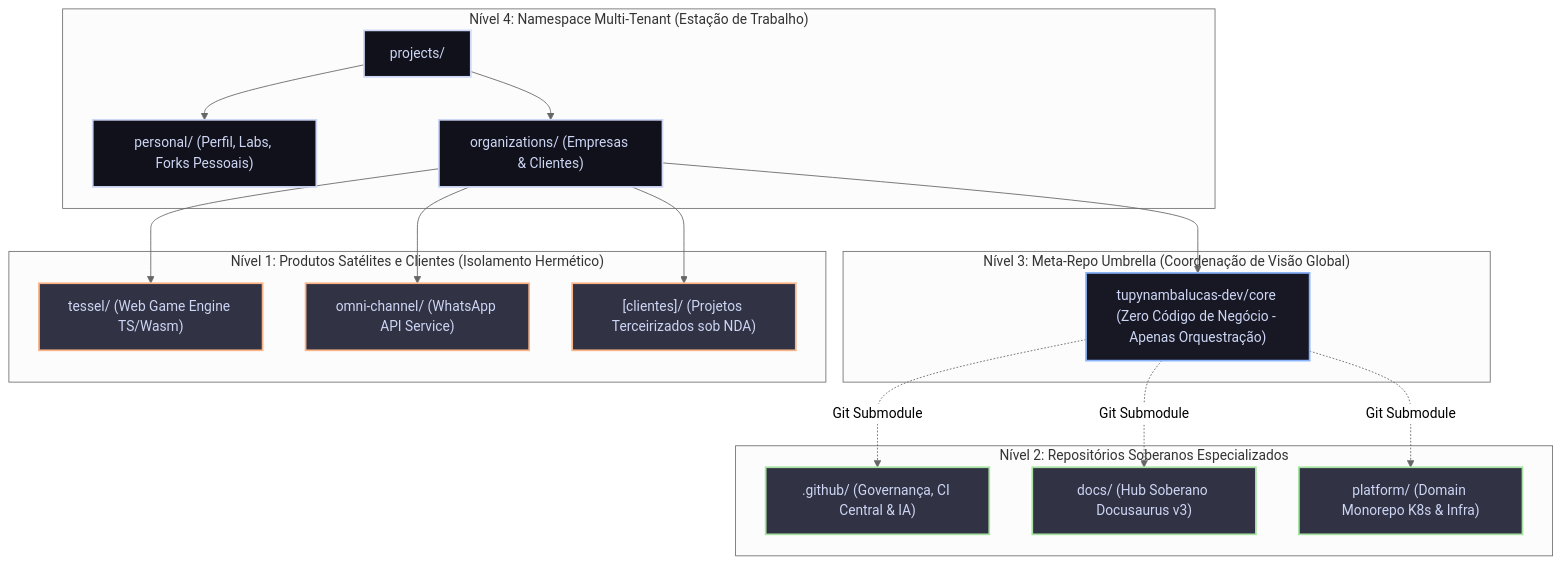
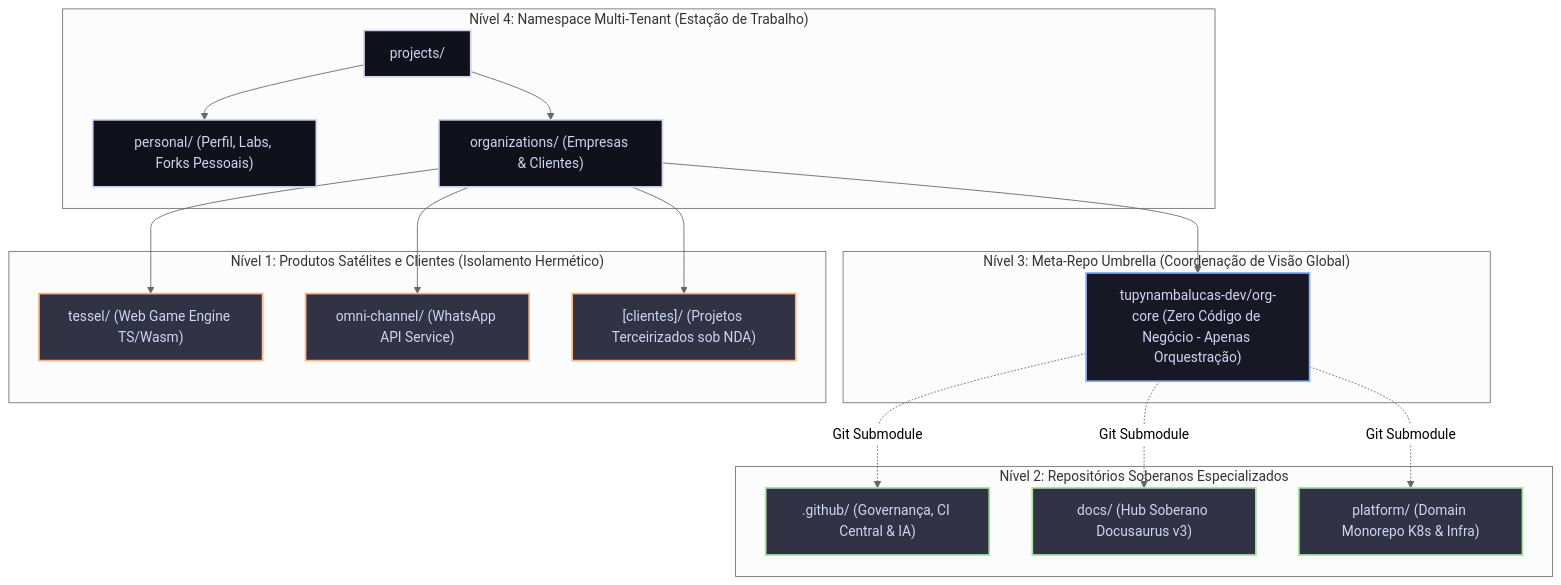
The second of 2 diagrams in .agents/plans/meta-repository-architecture.md (tupynambalucas-dev/.github), drawn with Mermaid (neutral theme) before and after one commit. The commit also changed other lines of this file, not shown here.

Commit message:
docs(plans): update meta-repo naming to org-core

````diff
--- a/.agents/plans/meta-repository-architecture.md
+++ b/.agents/plans/meta-repository-architecture.md
@@ -368,45 +368,45 @@
 ```mermaid
 graph TD
   direction TB
 
   subgraph Level4 ["Nível 4: Namespace Multi-Tenant (Estação de Trabalho)"]
     Projects["projects/"]
     Personal["personal/ (Perfil, Labs, Forks Pessoais)"]
     Orgs["organizations/ (Empresas & Clientes)"]
     Projects --> Personal
     Projects --> Orgs
   end
 
   subgraph Level3 ["Nível 3: Meta-Repo Umbrella (Coordenação de Visão Global)"]
-    CoreUmbrella["tupynambalucas-dev/core (Zero Código de Negócio - Apenas Orquestração)"]
+    CoreUmbrella["tupynambalucas-dev/org-core (Zero Código de Negócio - Apenas Orquestração)"]
     Orgs --> CoreUmbrella
   end
 
   subgraph Level2 ["Nível 2: Repositórios Soberanos Especializados"]
     GovRepo[".github/ (Governança, CI Central & IA)"]
     DocsRepo["docs/ (Hub Soberano Docusaurus v3)"]
     PlatformRepo["platform/ (Domain Monorepo K8s & Infra)"]
     CoreUmbrella -. "Git Submodule" .-> GovRepo
     CoreUmbrella -. "Git Submodule" .-> DocsRepo
     CoreUmbrella -. "Git Submodule" .-> PlatformRepo
   end
 
   subgraph Level1 ["Nível 1: Produtos Satélites e Clientes (Isolamento Hermético)"]
     TesselProd["tessel/ (Web Game Engine TS/Wasm)"]
     OmniProd["omni-channel/ (WhatsApp API Service)"]
     ClientWork["[clientes]/ (Projetos Terceirizados sob NDA)"]
     Orgs --> TesselProd
     Orgs --> OmniProd
     Orgs --> ClientWork
   end
 
   classDef l4 fill:#11111b,stroke:#cdd6f4,stroke-width:2px,color:#cdd6f4;
   classDef l3 fill:#181825,stroke:#89b4fa,stroke-width:2px,color:#cdd6f4;
   classDef l2 fill:#313244,stroke:#a6e3a1,stroke-width:2px,color:#cdd6f4;
   classDef l1 fill:#313244,stroke:#fab387,stroke-width:2px,color:#cdd6f4;
 
   class Projects,Personal,Orgs l4;
   class CoreUmbrella l3;
   class GovRepo,DocsRepo,PlatformRepo l2;
   class TesselProd,OmniProd,ClientWork l1;
 ```
````
